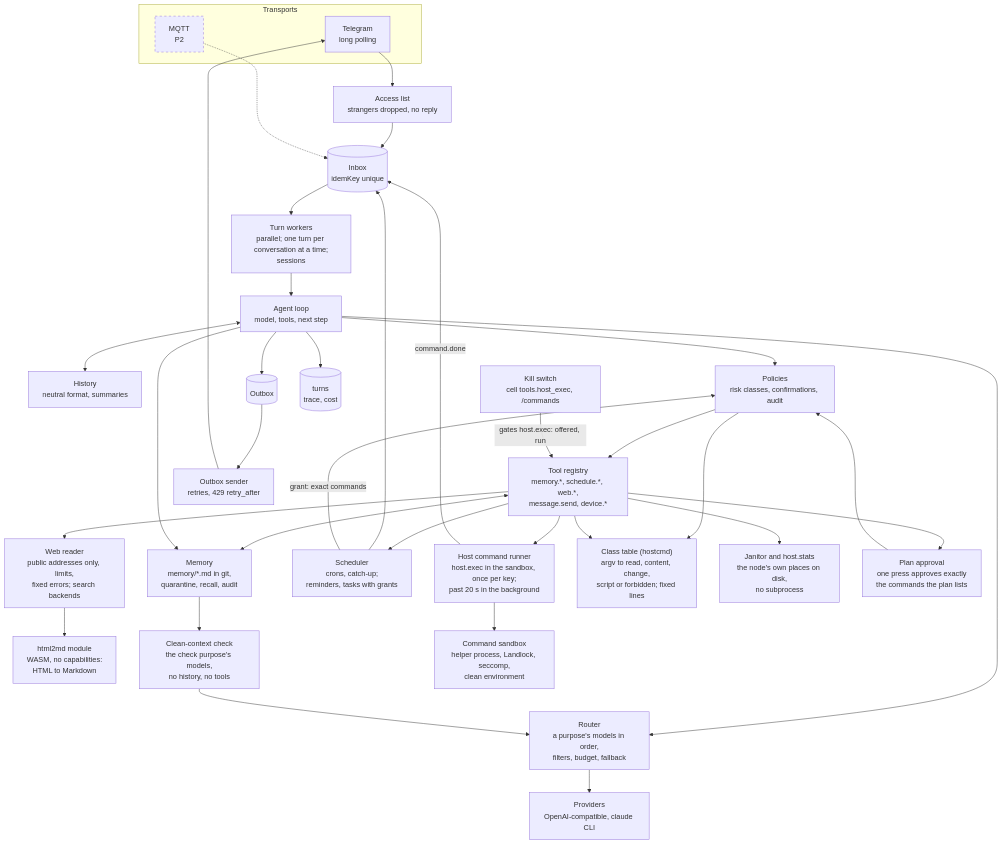
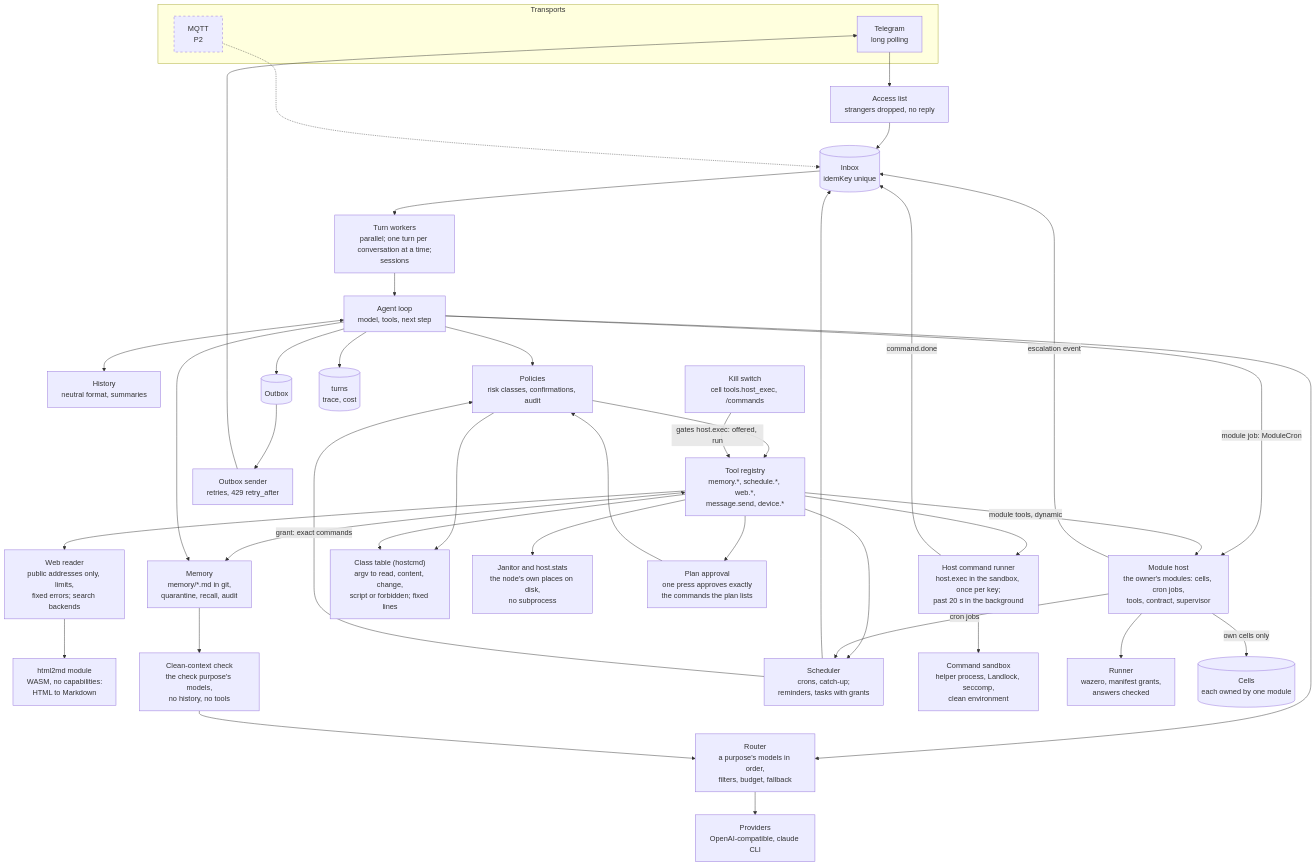
Before and after one commit to igorrius/ganglion: the first of 3 diagrams in docs/architecture/03-components.md, drawn with Mermaid. The commit also changed other lines of this file and 53 other files, not shown here.

````diff
--- a/docs/architecture/03-components.md
+++ b/docs/architecture/03-components.md
@@ -8,67 +8,76 @@
 ```mermaid
 flowchart TB
     subgraph transports["Transports"]
         tgt["Telegram<br/>long polling"]
         mqt["MQTT<br/>P2"]
     end
 
     acl["Access list<br/>strangers dropped, no reply"]
     inbox[("Inbox<br/>idemKey unique")]
     actors["Turn workers<br/>parallel; one turn per conversation at a time;<br/>sessions"]
     loop["Agent loop<br/>model, tools, next step"]
     history["History<br/>neutral format, summaries"]
     router["Router<br/>a purpose's models in order,<br/>filters, budget, fallback"]
     providers["Providers<br/>OpenAI-compatible, claude CLI"]
     tools["Tool registry<br/>memory.*, schedule.*, web.*,<br/>message.send, device.*"]
     web["Web reader<br/>public addresses only, limits,<br/>fixed errors; search backends"]
     html2md["html2md module<br/>WASM, no capabilities:<br/>HTML to Markdown"]
     policies["Policies<br/>risk classes, confirmations, audit"]
     memory["Memory<br/>memory/*.md in git,<br/>quarantine, recall, audit"]
     guard["Clean-context check<br/>the check purpose's models,<br/>no history, no tools"]
     sched["Scheduler<br/>crons, catch-up;<br/>reminders, tasks with grants"]
     hostrun["Host command runner<br/>host.exec in the sandbox, once per key;<br/>past 20 s in the background"]
     hostcmd["Class table (hostcmd)<br/>argv to read, content, change,<br/>script or forbidden; fixed lines"]
     sandbox["Command sandbox<br/>helper process, Landlock, seccomp,<br/>clean environment"]
     hostjan["Janitor and host.stats<br/>the node's own places on disk,<br/>no subprocess"]
     hostsw["Kill switch<br/>cell tools.host_exec, /commands"]
     planapp["Plan approval<br/>one press approves exactly<br/>the commands the plan lists"]
+    modhost["Module host<br/>the owner's modules: cells, cron jobs,<br/>tools, contract, supervisor"]
+    runner["Runner<br/>wazero, manifest grants,<br/>answers checked"]
+    cellsc[("Cells<br/>each owned by one module")]
     outbox[("Outbox")]
     sender["Outbox sender<br/>retries, 429 retry_after"]
     turns[("turns<br/>trace, cost")]
 
     tgt --> acl
     acl --> inbox
     mqt -.-> inbox
     sched --> inbox
     inbox --> actors
     actors --> loop
     loop <--> history
     loop --> router
     router --> providers
     loop --> policies
     policies --> tools
     tools <--> memory
     loop --> memory
     memory --> guard
     guard --> router
     tools --> sched
     tools --> web
     tools --> hostrun
     tools --> hostjan
     policies --> hostcmd
     tools --> hostcmd
     tools --> planapp
     planapp --> policies
     sched -- "grant: exact commands" --> policies
     hostsw -- "gates host.exec: offered, run" --> tools
     hostrun --> sandbox
     hostrun -- "command.done" --> inbox
     web --> html2md
+    loop -- "module job: ModuleCron" --> modhost
+    tools -- "module tools, dynamic" --> modhost
+    modhost --> runner
+    modhost -- "own cells only" --> cellsc
+    modhost -- "cron jobs" --> sched
+    modhost -- "escalation event" --> inbox
     loop --> outbox
     loop --> turns
     outbox --> sender
     sender --> tgt
 
     classDef planned stroke-dasharray: 5 5
     class mqt planned
 ```
````
